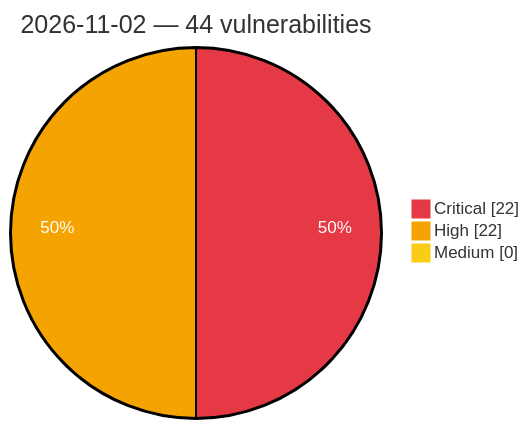
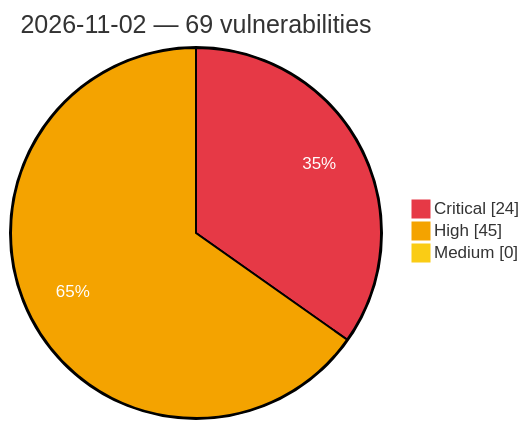
One commit to GhostX0X/vuln-tracker changed the diagram in vulnerabilities/2026/November/2026-11-02.md. Above: the diagram before and after it, drawn with Mermaid. The commit also changed other lines of this file and 5 other files, not shown here.

Commit message:
Auto update: critical/high vulns (2026-11-03 01:48 UTC)

````diff
--- a/vulnerabilities/2026/November/2026-11-02.md
+++ b/vulnerabilities/2026/November/2026-11-02.md
@@ -3,8 +3,8 @@
 ```mermaid
 %%{init: {'theme':'base', 'themeVariables': {'pie1':'#e63946', 'pie2':'#f4a300', 'pie3':'#facc15', 'pieOpacity':'1', 'pieOuterStrokeWidth':'2px', 'pieSectionTextColor':'#ffffff'}}}%%
 pie showData
-    title 2026-11-02 — 44 vulnerabilities
-    "Critical" : 22
-    "High" : 22
+    title 2026-11-02 — 69 vulnerabilities
+    "Critical" : 24
+    "High" : 45
     "Medium" : 0
 ```
````
